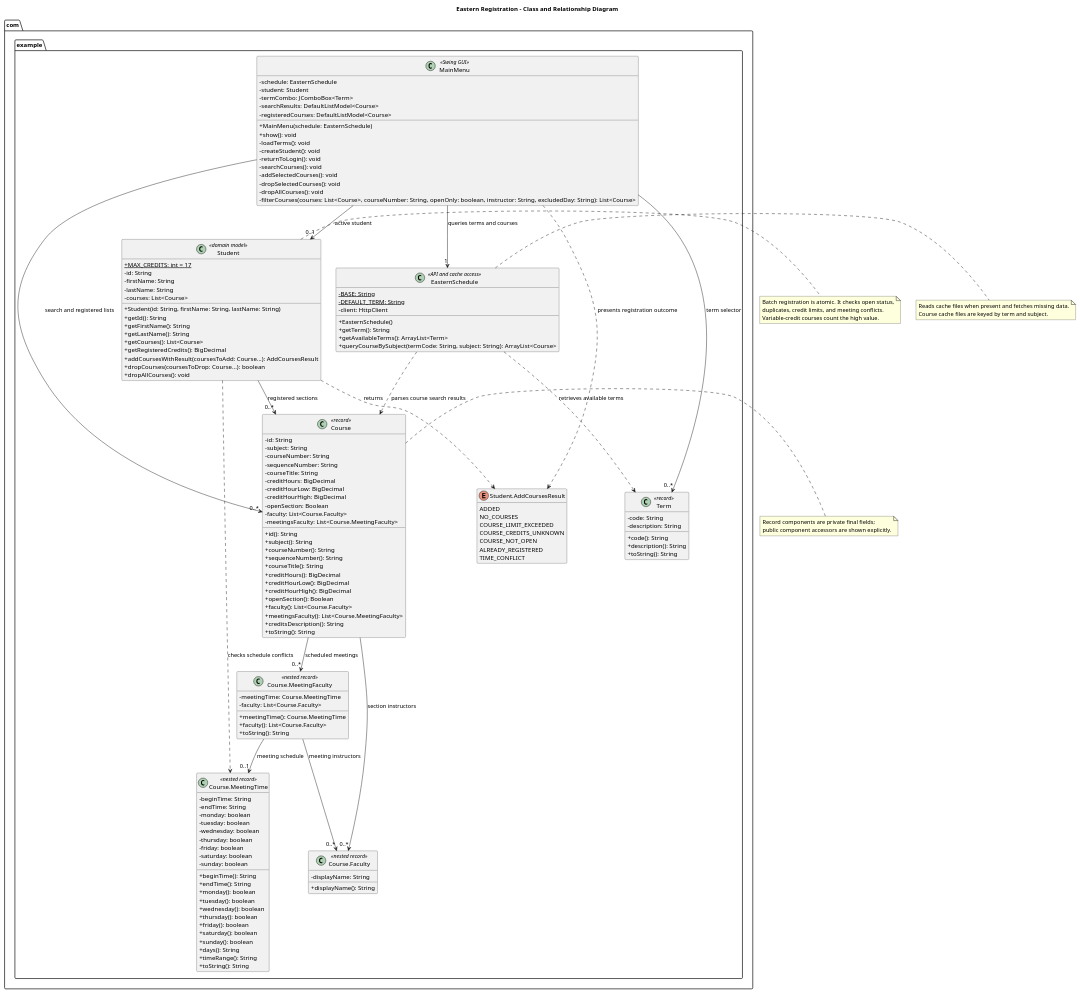
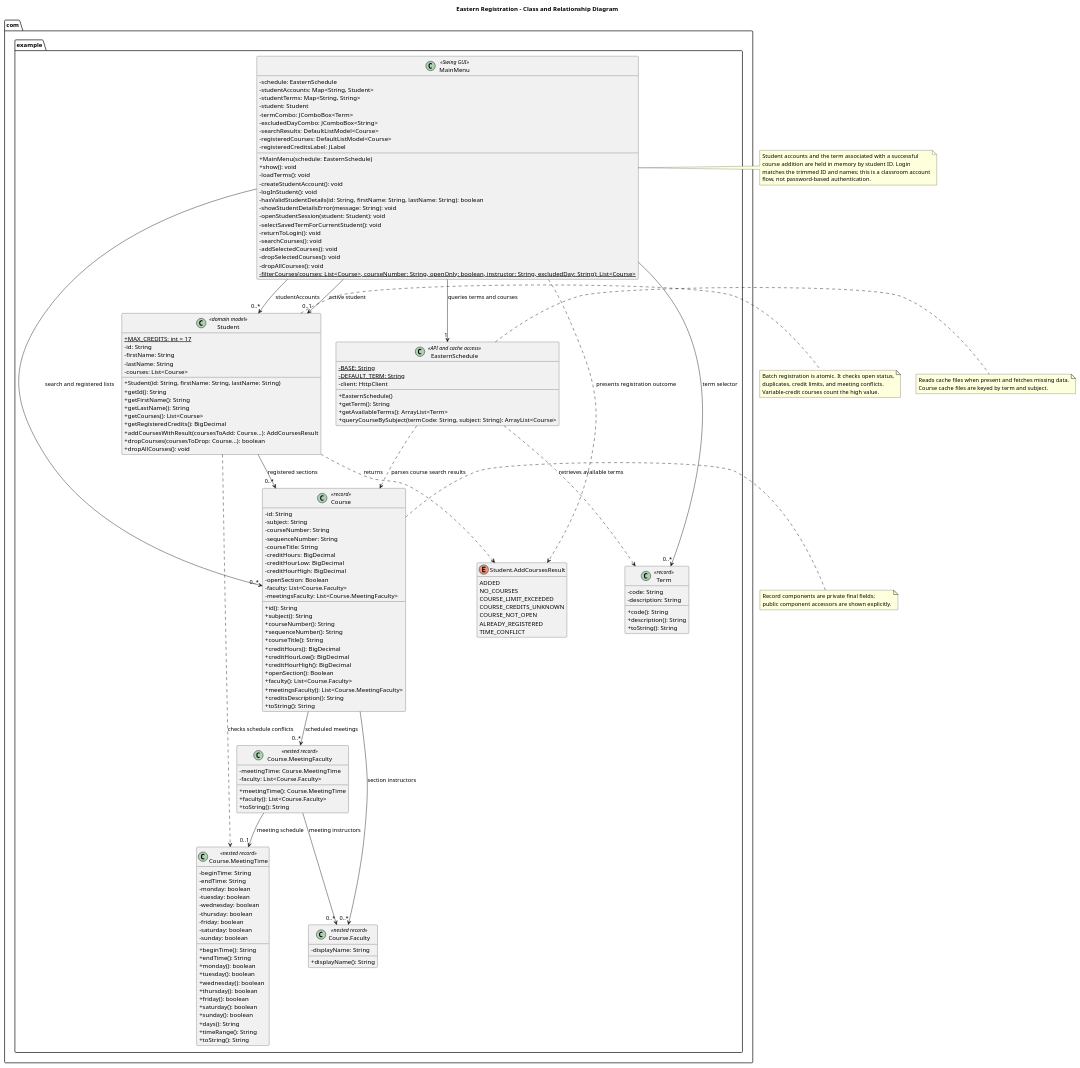
Before and after one commit to Jus10School/easternRegistration: the diagram in demo/docs/easternRegistration.puml, drawn with PlantUML. The commit also changed 12 other files, not shown here.

```diff
--- a/demo/docs/easternRegistration.puml
+++ b/demo/docs/easternRegistration.puml
@@ -1,169 +1,186 @@
 @startuml
 title Eastern Registration - Class and Relationship Diagram
 hide empty members
 skinparam classAttributeIconSize 0
 
 package "com.example" {
   class MainMenu <<Swing GUI>> {
     - schedule: EasternSchedule
+    - studentAccounts: Map<String, Student>
+    - studentTerms: Map<String, String>
     - student: Student
     - termCombo: JComboBox<Term>
+    - excludedDayCombo: JComboBox<String>
     - searchResults: DefaultListModel<Course>
     - registeredCourses: DefaultListModel<Course>
+    - registeredCreditsLabel: JLabel
     + MainMenu(schedule: EasternSchedule)
     + show(): void
     - loadTerms(): void
-    - createStudent(): void
+    - createStudentAccount(): void
+    - logInStudent(): void
+    - hasValidStudentDetails(id: String, firstName: String, lastName: String): boolean
+    - showStudentDetailsError(message: String): void
+    - openStudentSession(student: Student): void
+    - selectSavedTermForCurrentStudent(): void
     - returnToLogin(): void
     - searchCourses(): void
     - addSelectedCourses(): void
     - dropSelectedCourses(): void
     - dropAllCourses(): void
-    - filterCourses(courses: List<Course>, courseNumber: String, openOnly: boolean, instructor: String, excludedDay: String): List<Course>
+    -{static} filterCourses(courses: List<Course>, courseNumber: String, openOnly: boolean, instructor: String, excludedDay: String): List<Course>
   }
 
   class EasternSchedule <<API and cache access>> {
     -{static} BASE: String
     -{static} DEFAULT_TERM: String
     - client: HttpClient
     + EasternSchedule()
     + getTerm(): String
     + getAvailableTerms(): ArrayList<Term>
     + queryCourseBySubject(termCode: String, subject: String): ArrayList<Course>
   }
 
   class Student <<domain model>> {
     +{static} MAX_CREDITS: int = 17
     - id: String
     - firstName: String
     - lastName: String
     - courses: List<Course>
     + Student(id: String, firstName: String, lastName: String)
     + getId(): String
     + getFirstName(): String
     + getLastName(): String
     + getCourses(): List<Course>
     + getRegisteredCredits(): BigDecimal
     + addCoursesWithResult(coursesToAdd: Course...): AddCoursesResult
     + dropCourses(coursesToDrop: Course...): boolean
     + dropAllCourses(): void
   }
 
   enum "Student.AddCoursesResult" as AddCoursesResult {
     ADDED
     NO_COURSES
     COURSE_LIMIT_EXCEEDED
     COURSE_CREDITS_UNKNOWN
     COURSE_NOT_OPEN
     ALREADY_REGISTERED
     TIME_CONFLICT
   }
 
   class Course <<record>> {
     - id: String
     - subject: String
     - courseNumber: String
     - sequenceNumber: String
     - courseTitle: String
     - creditHours: BigDecimal
     - creditHourLow: BigDecimal
     - creditHourHigh: BigDecimal
     - openSection: Boolean
     - faculty: List<Course.Faculty>
     - meetingsFaculty: List<Course.MeetingFaculty>
     + id(): String
     + subject(): String
     + courseNumber(): String
     + sequenceNumber(): String
     + courseTitle(): String
     + creditHours(): BigDecimal
     + creditHourLow(): BigDecimal
     + creditHourHigh(): BigDecimal
     + openSection(): Boolean
     + faculty(): List<Course.Faculty>
     + meetingsFaculty(): List<Course.MeetingFaculty>
     + creditsDescription(): String
     + toString(): String
   }
 
   class "Course.Faculty" as CourseFaculty <<nested record>> {
     - displayName: String
     + displayName(): String
   }
 
   class "Course.MeetingFaculty" as MeetingFaculty <<nested record>> {
     - meetingTime: Course.MeetingTime
     - faculty: List<Course.Faculty>
     + meetingTime(): Course.MeetingTime
     + faculty(): List<Course.Faculty>
     + toString(): String
   }
 
   class "Course.MeetingTime" as MeetingTime <<nested record>> {
     - beginTime: String
     - endTime: String
     - monday: boolean
     - tuesday: boolean
     - wednesday: boolean
     - thursday: boolean
     - friday: boolean
     - saturday: boolean
     - sunday: boolean
     + beginTime(): String
     + endTime(): String
     + monday(): boolean
     + tuesday(): boolean
     + wednesday(): boolean
     + thursday(): boolean
     + friday(): boolean
     + saturday(): boolean
     + sunday(): boolean
     + days(): String
     + timeRange(): String
     + toString(): String
   }
 
   class Term <<record>> {
     - code: String
     - description: String
     + code(): String
     + description(): String
     + toString(): String
   }
 }
 
 MainMenu --> "1" EasternSchedule : queries terms and courses
+MainMenu --> "0..*" Student : studentAccounts
 MainMenu --> "0..1" Student : active student
 MainMenu --> "0..*" Term : term selector
 MainMenu --> "0..*" Course : search and registered lists
 MainMenu ..> AddCoursesResult : presents registration outcome
 
 Student --> "0..*" Course : registered sections
 Student ..> AddCoursesResult : returns
 Student ..> MeetingTime : checks schedule conflicts
 
 Course --> "0..*" CourseFaculty : section instructors
 Course --> "0..*" MeetingFaculty : scheduled meetings
 MeetingFaculty --> "0..1" MeetingTime : meeting schedule
 MeetingFaculty --> "0..*" CourseFaculty : meeting instructors
 
 EasternSchedule ..> Term : retrieves available terms
 EasternSchedule ..> Course : parses course search results
 
 note right of Course
   Record components are private final fields;
   public component accessors are shown explicitly.
 end note
 
 note right of Student
   Batch registration is atomic. It checks open status,
   duplicates, credit limits, and meeting conflicts.
   Variable-credit courses count the high value.
 end note
 
+note right of MainMenu
+  Student accounts and the term associated with a successful
+  course addition are held in memory by student ID. Login
+  matches the trimmed ID and names; this is a classroom account
+  flow, not password-based authentication.
+end note
+
 note right of EasternSchedule
   Reads cache files when present and fetches missing data.
   Course cache files are keyed by term and subject.
 end note
 
 @enduml
```
